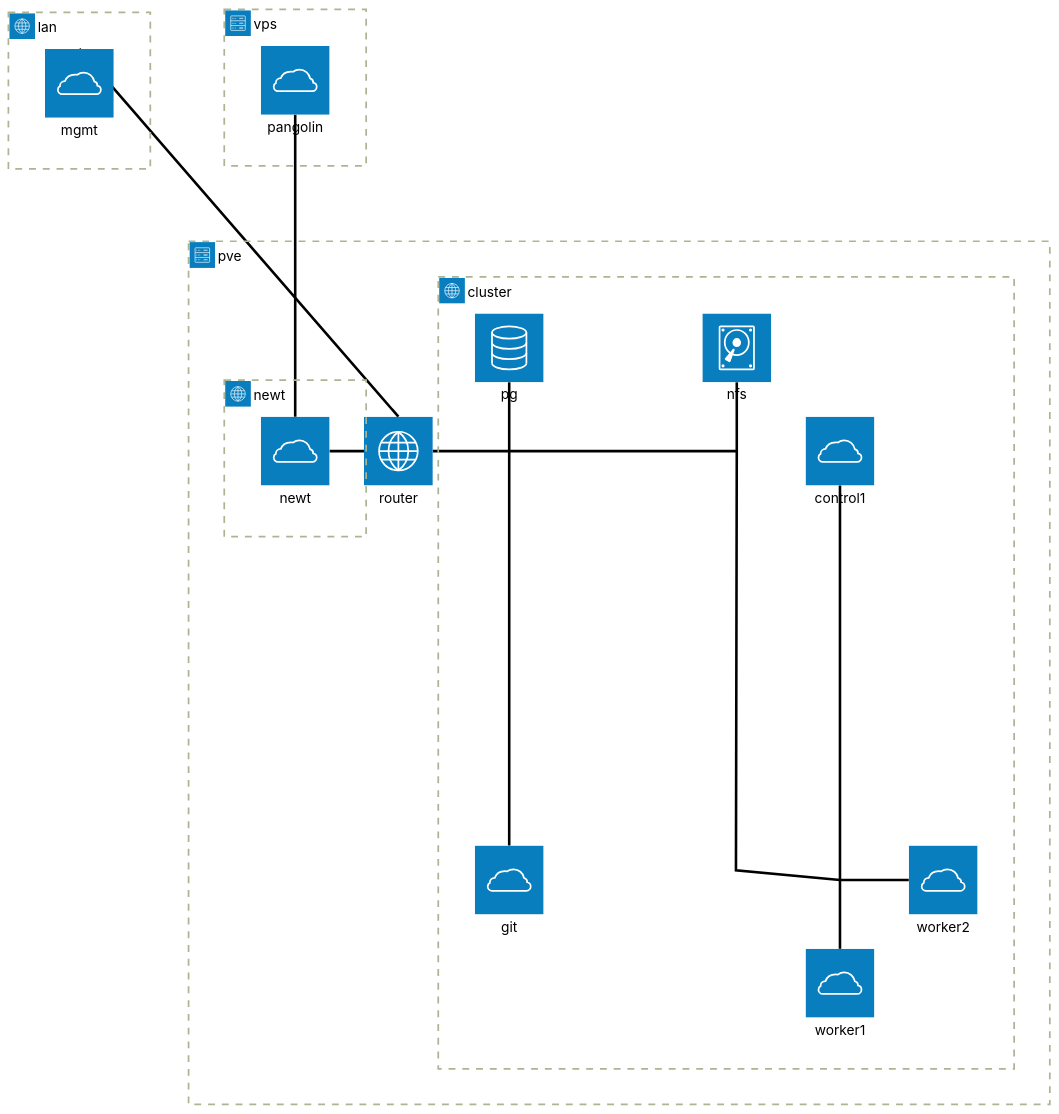
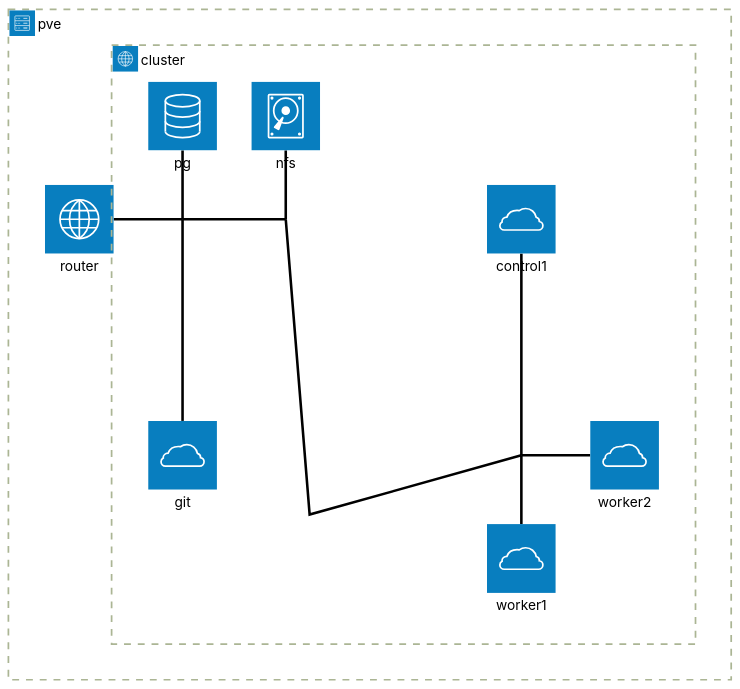
Before and after one commit to konstaka/homelab: the diagram in README.md, drawn with Mermaid (forest theme). The commit also changed other lines of this file, not shown here.

````diff
--- a/README.md
+++ b/README.md
@@ -21,35 +21,26 @@
 ```mermaid
 architecture-beta
     group pve(server)[pve]
-    group vps(server)[vps]
-    group newtnet(internet)[newt] in pve
     group cluster(internet)[cluster] in pve
-    group lan(internet)[lan]
 
     service router(internet)[router] in pve
     service control1(cloud)[control1] in cluster
     service worker1(cloud)[worker1] in cluster
     service worker2(cloud)[worker2] in cluster
     service nfs(disk)[nfs] in cluster
     service pg(database)[pg] in cluster
     service git(cloud)[git] in cluster
     junction clusterbus
     junction dmzbus1
     junction dmzbus2
-    service pangolin(cloud)[pangolin] in vps
-    service newt(cloud)[newt] in newtnet
-    service mgmt(cloud)[mgmt] in lan
 
     router:R -- L:dmzbus1
     dmzbus1:R -- L:dmzbus2
     dmzbus2:B -- L:clusterbus
     control1:B -- T:clusterbus
     worker1:T -- B:clusterbus
     worker2:L -- R:clusterbus
     nfs:B -- T:dmzbus2
     pg:B -- T:dmzbus1
     git:T -- B:dmzbus1
-    pangolin:B -- T:newt
-    newt:R -- L:router
-    mgmt:T -- T:router
 ```
````
